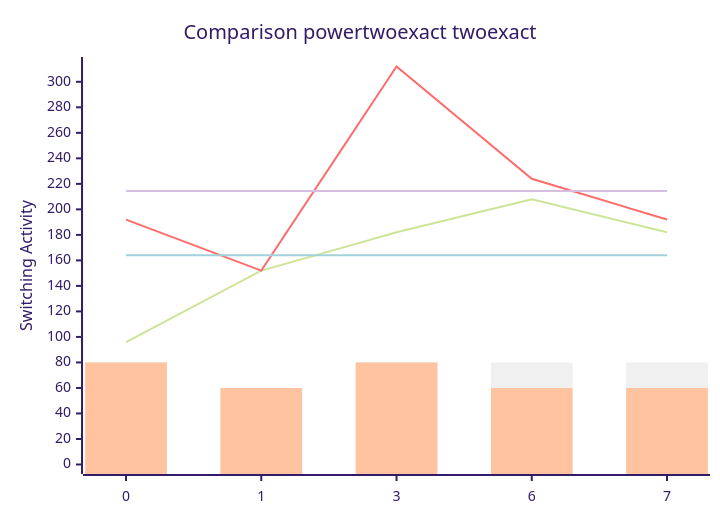
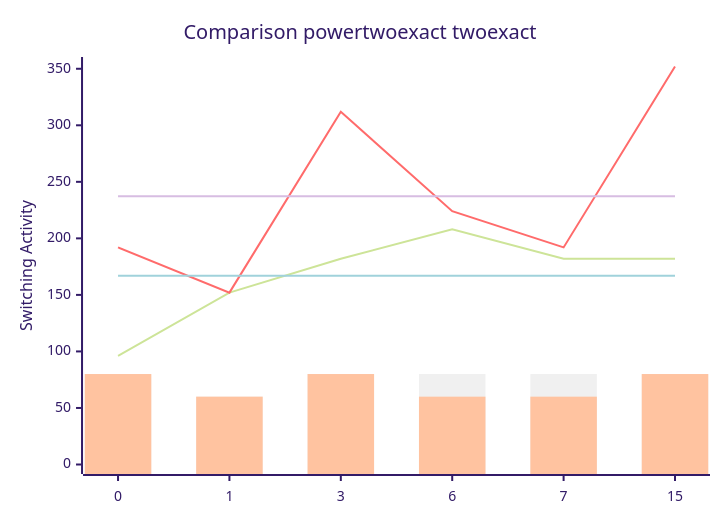
One commit to FeldmeierMichael/Exact-Power-Synthesis changed the diagram in benchmark.md. Above: the diagram before and after it, drawn with Mermaid (forest theme). The commit also changed other lines of this file and 2 other files, not shown here.

````diff
--- a/benchmark.md
+++ b/benchmark.md
@@ -15,12 +17,12 @@
 ```mermaid
 xychart-beta
     title "Comparison powertwoexact twoexact"
-    x-axis [0, 1, 3, 6, 7]
-    y-axis "Switching Activity" 0-->312
-    line [96, 152, 182, 208, 182]
-    line [192, 152, 312, 224, 192]
-    line [164.0, 164.0, 164.0, 164.0, 164.0]
-    line [214.4, 214.4, 214.4, 214.4, 214.4]
-    bar [80, 60, 80, 80, 80]
-    bar [80, 60, 80, 60, 60]
+    x-axis [0, 1, 3, 6, 7, 15]
+    y-axis "Switching Activity" 0-->352
+    line [96, 152, 182, 208, 182, 182]
+    line [192, 152, 312, 224, 192, 352]
+    line [167.0, 167.0, 167.0, 167.0, 167.0, 167.0]
+    line [237.33333333333334, 237.33333333333334, 237.33333333333334, 237.33333333333334, 237.33333333333334, 237.33333333333334]
+    bar [80, 60, 80, 80, 80, 80]
+    bar [80, 60, 80, 60, 60, 80]
 ```
````
